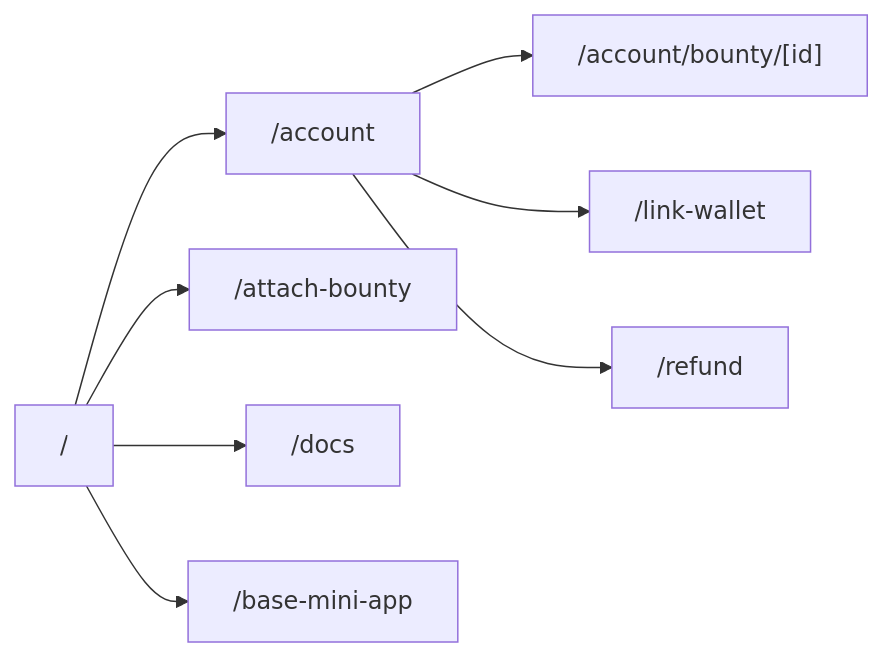
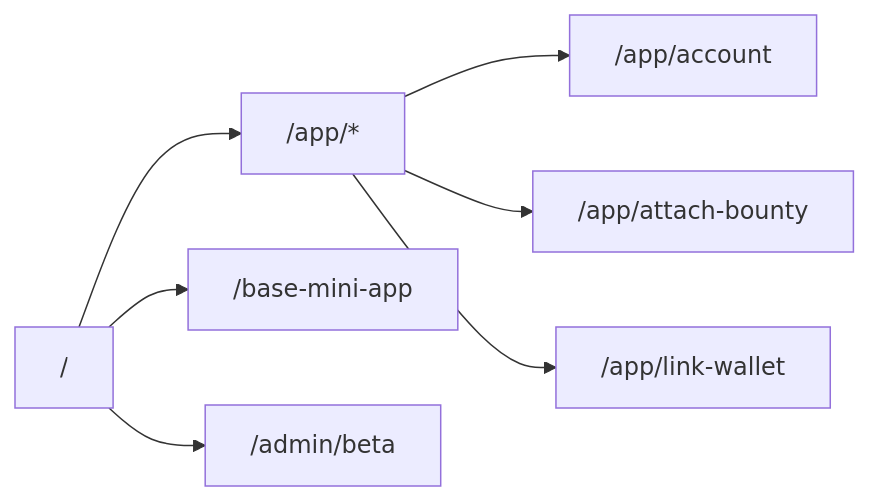
The diagram in docs/reference/frontend.md (lucci-xyz/bounty), drawn with Mermaid before and after one commit. The commit also changed other lines of this file and 352 other files, not shown here.

Commit message:
Remove deprecated files and components to streamline the codebase. This includes the deletion of unused API routes, components, and styles, as well as updates to documentation for clarity on current practices. Additionally, added notes for query examples in the database schema.

````diff
--- a/docs/reference/frontend.md
+++ b/docs/reference/frontend.md
@@ -5,10 +5,9 @@
 ```mermaid
 flowchart LR
-  Home["/"] --> Account["/account"]
-  Home --> Attach["/attach-bounty"]
-  Home --> Docs["/docs"]
-  Account --> Bounty["/account/bounty/[id]"]
-  Account --> LinkWallet["/link-wallet"]
-  Account --> Refund["/refund"]
+  Home["/"] --> App["/app/*"]
+  App --> Account["/app/account"]
+  App --> Attach["/app/attach-bounty"]
+  App --> LinkWallet["/app/link-wallet"]
   Home --> MiniApp["/base-mini-app"]
+  Home --> Admin["/admin/beta"]
 ```
````
